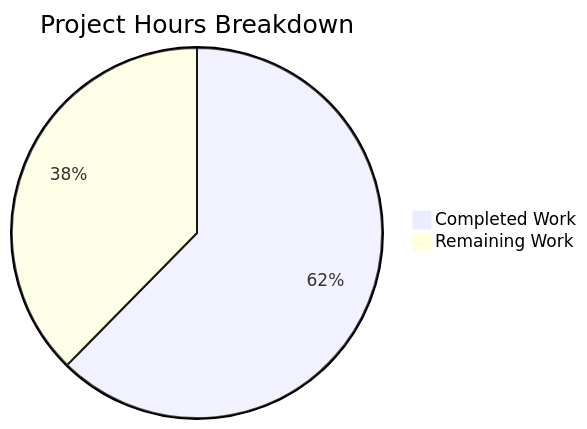
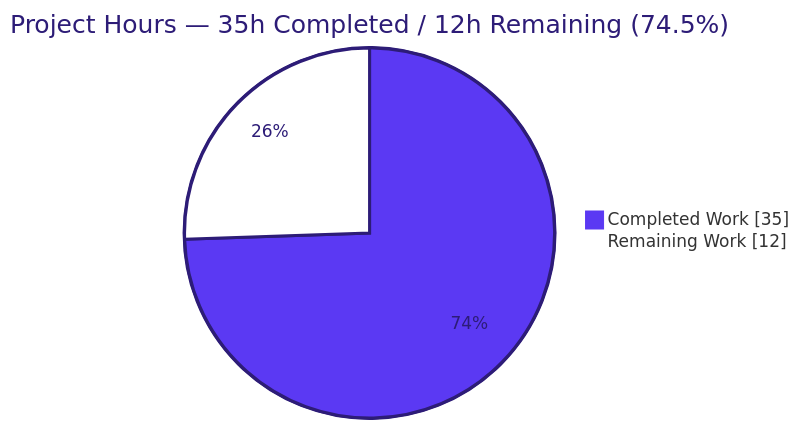
One commit to blitzy-public-samples/blitzy-WebVella-ERP changed the second of 3 diagrams in blitzy/documentation/Project Guide.md. Above: the diagram before and after it, drawn with Mermaid. The commit also changed other lines of this file, not shown here.

Commit message:
Adding Blitzy Project Guide: Project Status and Human Tasks Remaining

````diff
--- a/blitzy/documentation/Project Guide.md
+++ b/blitzy/documentation/Project Guide.md
@@ -55,5 +187,6 @@
 ```mermaid
-pie title Project Hours Breakdown
-    "Completed Work" : 58
-    "Remaining Work" : 35
+%%{init: {'theme':'base', 'themeVariables': {'pie1':'#5B39F3','pie2':'#FFFFFF','pieStrokeColor':'#2D1C77','pieOuterStrokeColor':'#2D1C77','pieTitleTextColor':'#2D1C77','pieSectionTextColor':'#2D1C77','pieStrokeWidth':'3px','pieOpacity':'1'}}}%%
+pie showData title Project Hours — 35h Completed / 12h Remaining (74.5%)
+    "Completed Work" : 35
+    "Remaining Work" : 12
 ```
````
